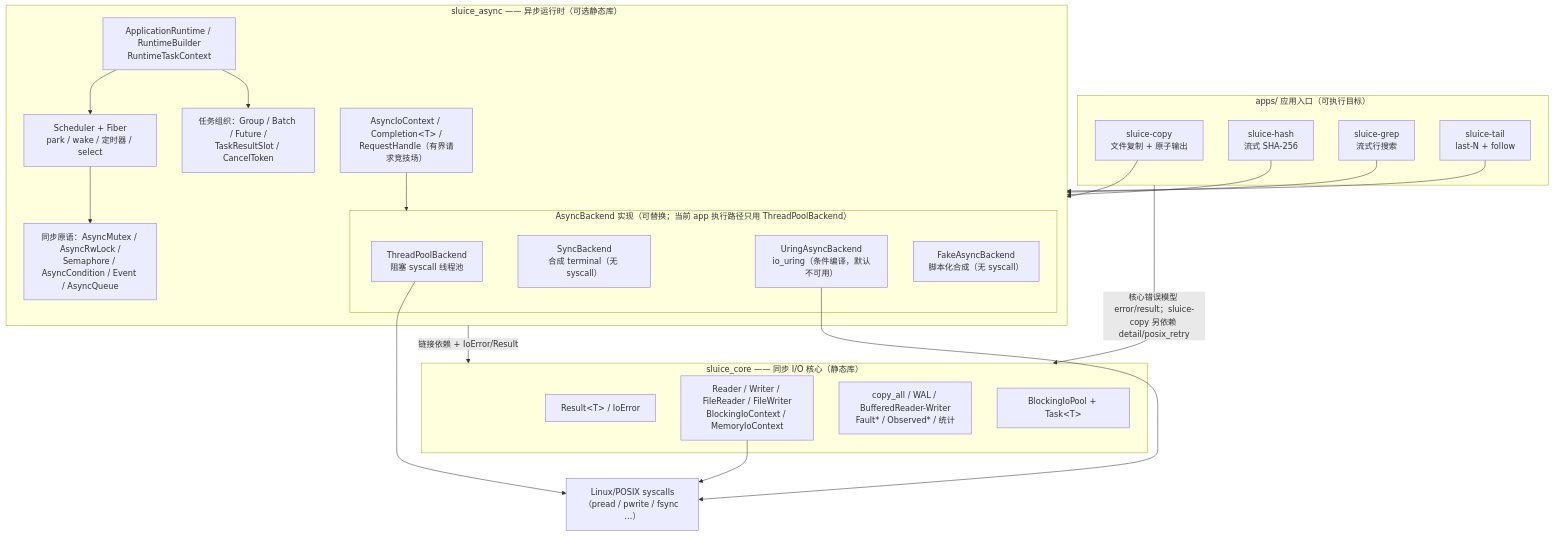
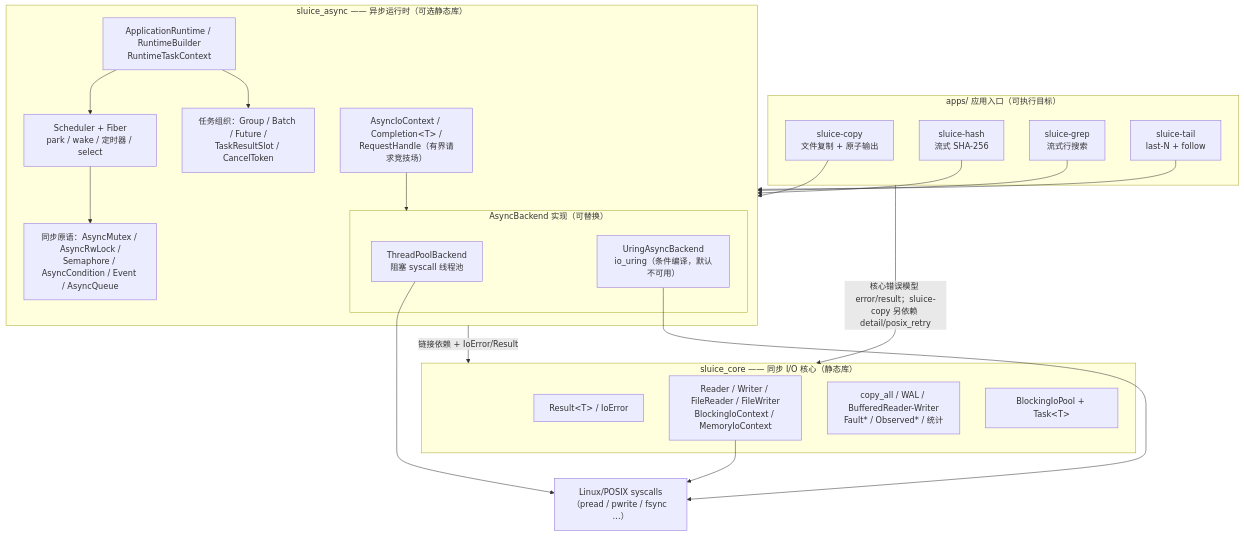
One commit to jnhu76/Sluice changed the first of 2 diagrams in docs/architecture.md. Above: the diagram before and after it, drawn with Mermaid. The commit also changed other lines of this file and 6 other files, not shown here.

First line of the commit message:
refactor: remove synthetic async backends

````diff
--- a/docs/architecture.md
+++ b/docs/architecture.md
@@ -42,46 +42,44 @@
 ```mermaid
 graph TD
     subgraph APPS["apps/ 应用入口（可执行目标）"]
         COPY["sluice-copy<br/>文件复制 + 原子输出"]
         HASH["sluice-hash<br/>流式 SHA-256"]
         GREP["sluice-grep<br/>流式行搜索"]
         TAIL["sluice-tail<br/>last-N + follow"]
     end
 
     subgraph ASYNC["sluice_async —— 异步运行时（可选静态库）"]
         RT["ApplicationRuntime / RuntimeBuilder<br/>RuntimeTaskContext"]
         SCHED["Scheduler + Fiber<br/>park / wake / 定时器 / select"]
         PRIM["同步原语：AsyncMutex / AsyncRwLock /<br/>Semaphore / AsyncCondition / Event / AsyncQueue"]
         ORG["任务组织：Group / Batch / Future /<br/>TaskResultSlot / CancelToken"]
         CTX["AsyncIoContext / Completion&lt;T&gt; /<br/>RequestHandle（有界请求竞技场）"]
-        subgraph BACKENDS["AsyncBackend 实现（可替换；当前 app 执行路径只用 ThreadPoolBackend）"]
+        subgraph BACKENDS["AsyncBackend 实现（可替换）"]
             TP["ThreadPoolBackend<br/>阻塞 syscall 线程池"]
-            SB["SyncBackend<br/>合成 terminal（无 syscall）"]
             UB["UringAsyncBackend<br/>io_uring（条件编译，默认不可用）"]
-            FB["FakeAsyncBackend<br/>脚本化合成（无 syscall）"]
         end
     end
 
     subgraph CORE["sluice_core —— 同步 I/O 核心（静态库）"]
         ERR["Result&lt;T&gt; / IoError"]
         RW["Reader / Writer / FileReader / FileWriter<br/>BlockingIoContext / MemoryIoContext"]
         COMB["copy_all / WAL / BufferedReader-Writer<br/>Fault* / Observed* / 统计"]
         POOL["BlockingIoPool + Task&lt;T&gt;"]
     end
 
     OS["Linux/POSIX syscalls<br/>（pread / pwrite / fsync …）"]
 
     COPY --> ASYNC
     HASH --> ASYNC
     GREP --> ASYNC
     TAIL --> ASYNC
     APPS -->|"核心错误模型 error/result；sluice-copy 另依赖 detail/posix_retry"| CORE
     ASYNC -->|"链接依赖 + IoError/Result"| CORE
     CTX --> BACKENDS
     RT --> SCHED
     RT --> ORG
     SCHED --> PRIM
     TP --> OS
     UB --> OS
     RW --> OS
 ```
````
